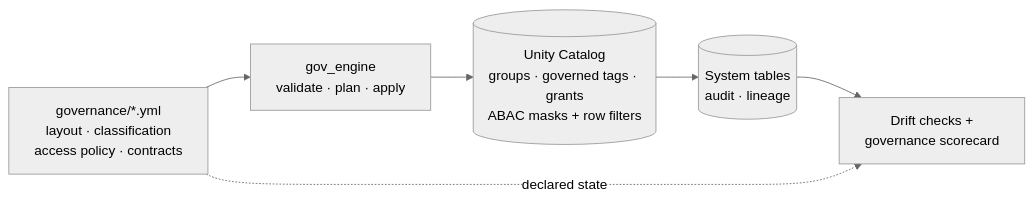
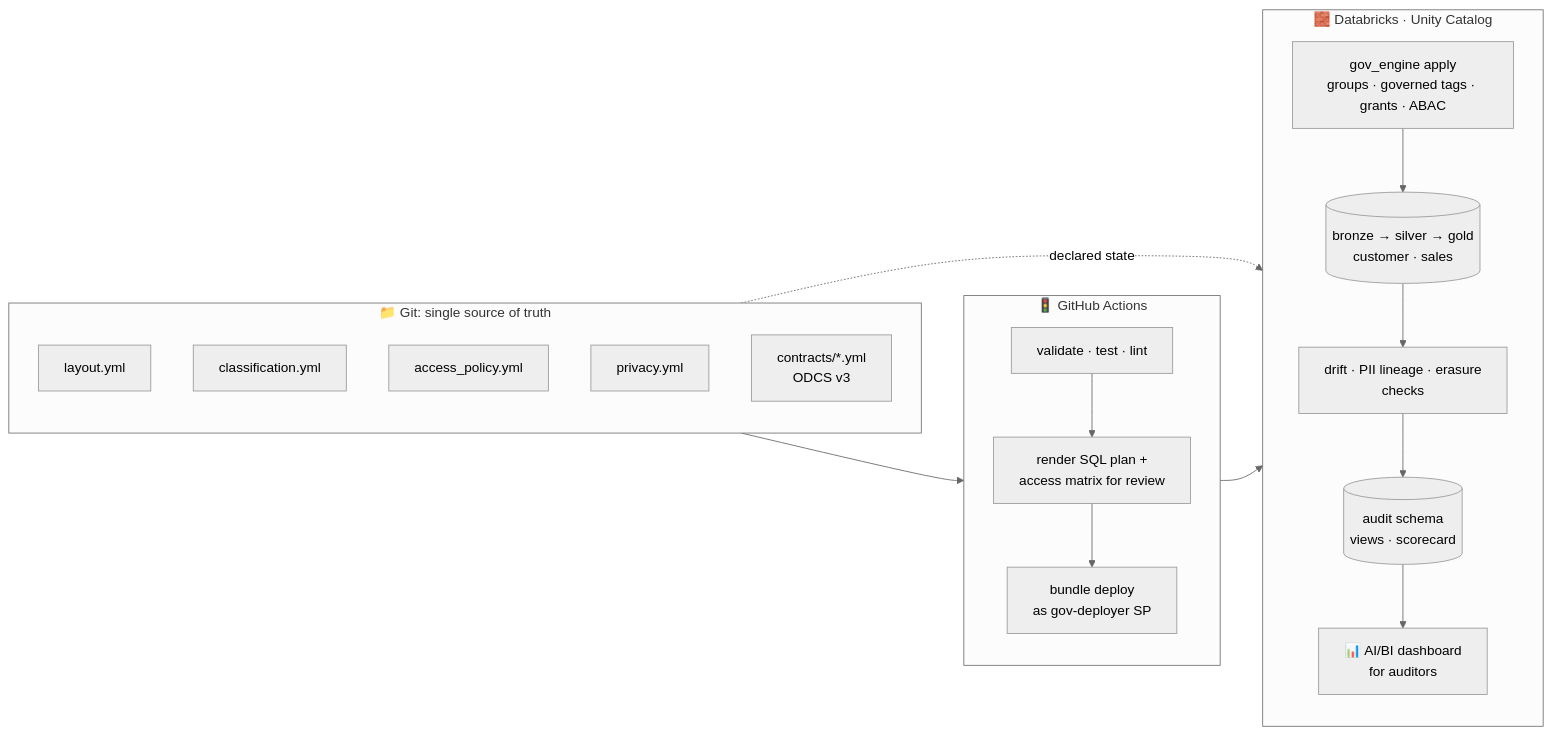
One commit to felipecastro-data/lakehouse-governance-as-code changed the first of 3 diagrams in README.md. Above: the diagram before and after it, drawn with Mermaid (neutral theme). The commit also changed other lines of this file and 9 other files, not shown here.

First line of the commit message:
Phase 5 done in dev: erasure verified across re-ingestion, demo reads the recorded scorecard, README for the showcase

````diff
--- a/README.md
+++ b/README.md
@@ -15,8 +49,30 @@
 ```mermaid
 flowchart LR
-    Y["governance/*.yml<br/>layout · classification<br/>access policy · contracts"] --> E["gov_engine<br/>validate · plan · apply"]
-    E --> UC[("Unity Catalog<br/>groups · governed tags · grants<br/>ABAC masks + row filters")]
-    UC --> ST[("System tables<br/>audit · lineage")]
-    ST --> SC["Drift checks +<br/>governance scorecard"]
-    Y -. declared state .-> SC
+    subgraph GIT["📁 Git: single source of truth"]
+        direction TB
+        Y1[layout.yml]
+        Y2[classification.yml]
+        Y3[access_policy.yml]
+        Y4[privacy.yml]
+        Y5[contracts/*.yml<br/>ODCS v3]
+    end
+
+    subgraph CI["🚦 GitHub Actions"]
+        direction TB
+        V[validate · test · lint]
+        P[render SQL plan +<br/>access matrix for review]
+        D[bundle deploy<br/>as gov-deployer SP]
+    end
+
+    subgraph DBX["🧱 Databricks · Unity Catalog"]
+        direction TB
+        E[gov_engine apply<br/>groups · governed tags · grants · ABAC]
+        L[(bronze → silver → gold<br/>customer · sales)]
+        CHK[drift · PII lineage · erasure<br/>checks]
+        SC[(audit schema<br/>views · scorecard)]
+        DB[📊 AI/BI dashboard<br/>for auditors]
+    end
+
+    GIT --> V --> P --> D --> E --> L --> CHK --> SC --> DB
+    GIT -. declared state .-> CHK
 ```
````
